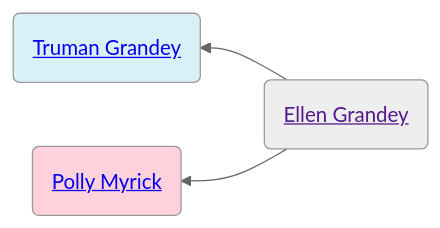
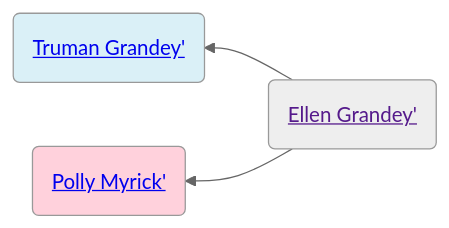
The first of 2 diagrams in familyhistory/sources/people/Merrill-line/Grandey-line/Ellen_Grandey.qmd (neelsmith/avocational), drawn with Mermaid (neutral theme) before and after one commit. The commit also changed other lines of this file and 102 other files, not shown here.

````diff
--- a/familyhistory/sources/people/Merrill-line/Grandey-line/Ellen_Grandey.qmd
+++ b/familyhistory/sources/people/Merrill-line/Grandey-line/Ellen_Grandey.qmd
@@ -26,12 +26,12 @@
 ```{mermaid}
 graph RL
 %% RL ancestor diagram
-Ellen_Grandey(<a href=''>Ellen Grandey</>) -->  Truman_Grandey(<a href='./Truman_Grandey.html'>Truman Grandey</>)
+Ellen_Grandey(<a href=''>Ellen Grandey'</>) -->  Truman_Grandey(<a href='./Truman_Grandey.html'>Truman Grandey'</>)
 class Truman_Grandey father
-Ellen_Grandey(<a href=''>Ellen Grandey</>)  --> Polly_Myrick(<a href='./../White-line/Grandey/Polly_Myrick.html'>Polly Myrick</>)
+Ellen_Grandey(<a href=''>Ellen Grandey'</>)  --> Polly_Myrick(<a href='./../White-line/Grandey/Polly_Myrick.html'>Polly Myrick'</>)
 class Polly_Myrick mother
 classDef mother fill:#ffd1dc
 classDef father fill:#daf0f7  
 classDef marriage fill:#ffffff
 
 ```
````
